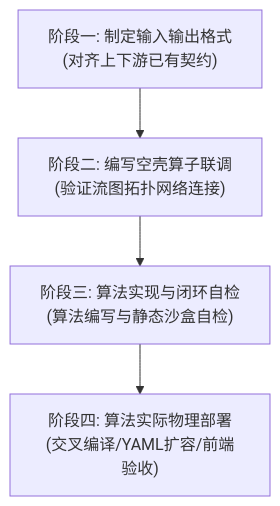
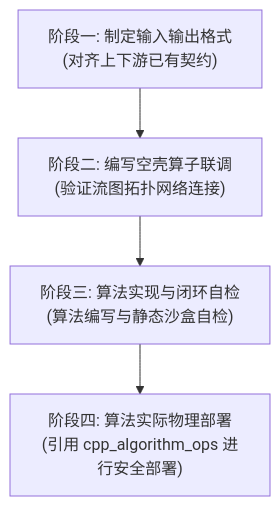
Before and after one commit to uestcradar/uestcradar: the diagram in .agents/skills/develop_cpp_algorithm/SKILL.md, drawn with Mermaid. The commit also changed other lines of this file and 17 other files, not shown here.

````diff
--- a/.agents/skills/develop_cpp_algorithm/SKILL.md
+++ b/.agents/skills/develop_cpp_algorithm/SKILL.md
@@ -13,6 +13,6 @@
 ```mermaid
 graph TD
     A["阶段一: 制定输入输出格式<br/>(对齐上下游已有契约)"] --> B["阶段二: 编写空壳算子联调<br/>(验证流图拓扑网络连接)"]
     B --> C["阶段三: 算法实现与闭环自检<br/>(算法编写与静态沙盒自检)"]
-    C --> D["阶段四: 算法实际物理部署<br/>(交叉编译/YAML扩容/前端验收)"]
+    C --> D["阶段四: 算法实际物理部署<br/>(引用 cpp_algorithm_ops 进行安全部署)"]
 ```
````
